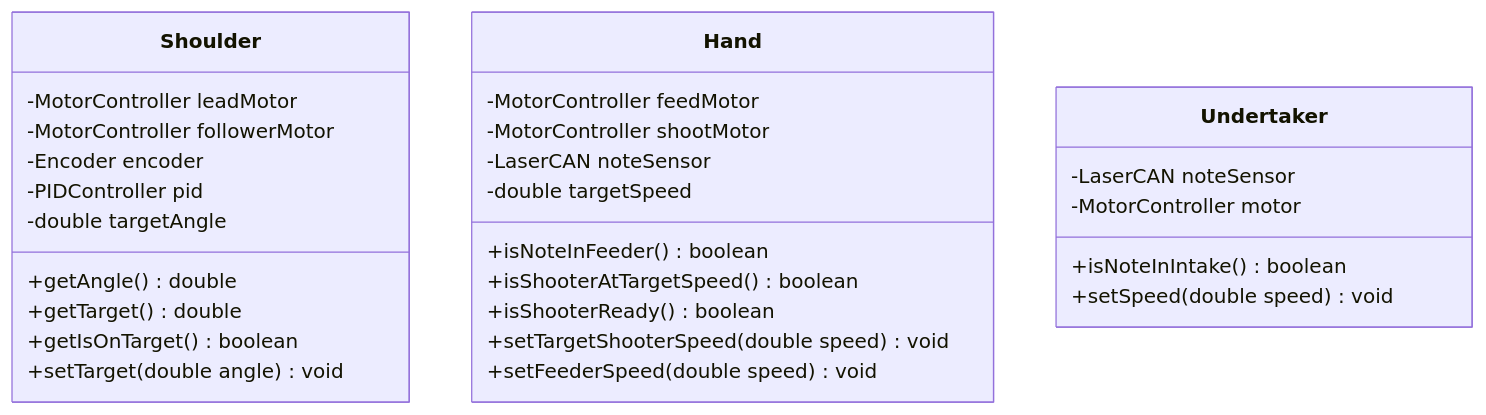
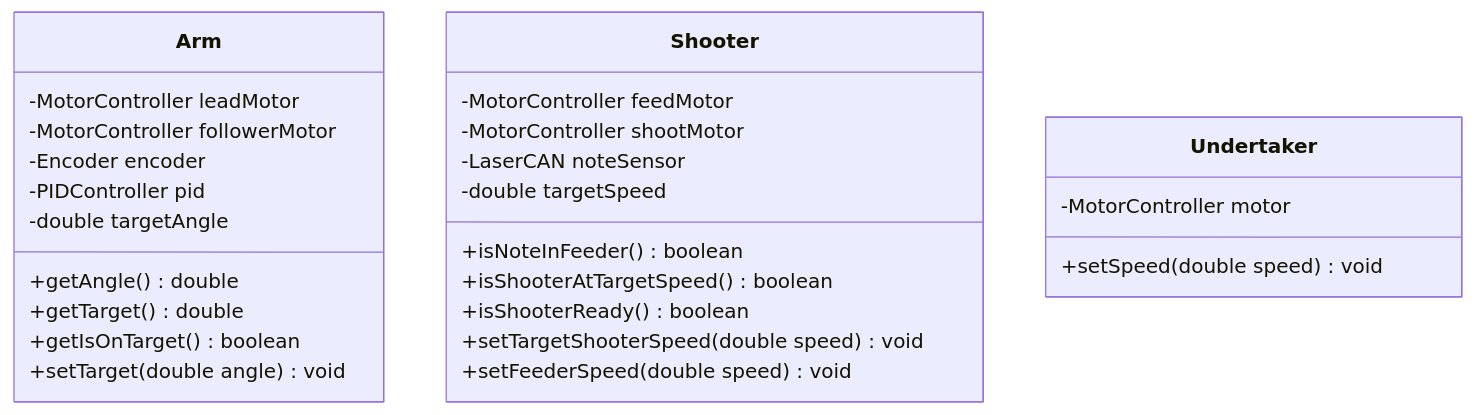
One commit to frc1675/frc1675-2024-general changed the diagram in design/V1/class-diagram.md. Above: the diagram before and after it, drawn with Mermaid. The commit also changed 1 other file, not shown here.

Commit message:
Update docs based on crossteam discussion

````diff
--- a/design/V1/class-diagram.md
+++ b/design/V1/class-diagram.md
@@ -1,40 +1,38 @@
 ```mermaid
 
 classDiagram
 
-    class Shoulder {
+    class Arm {
         -MotorController leadMotor
         -MotorController followerMotor
         -Encoder encoder
         -PIDController pid
         -double targetAngle
 
         +getAngle() double
         +getTarget() double
         +getIsOnTarget() boolean
         +setTarget(double angle) void
     }
 
-    class Hand {
+    class Shooter {
         -MotorController feedMotor
         -MotorController shootMotor
         -LaserCAN noteSensor
         -double targetSpeed
 
         +isNoteInFeeder() boolean
         +isShooterAtTargetSpeed() boolean
         +isShooterReady() boolean
 
         +setTargetShooterSpeed(double speed) void
         +setFeederSpeed(double speed) void
     }
 
     class Undertaker {
-        -LaserCAN noteSensor
         -MotorController motor
 
-        +isNoteInIntake() boolean
         +setSpeed(double speed) void
     }
 
 ```
````
